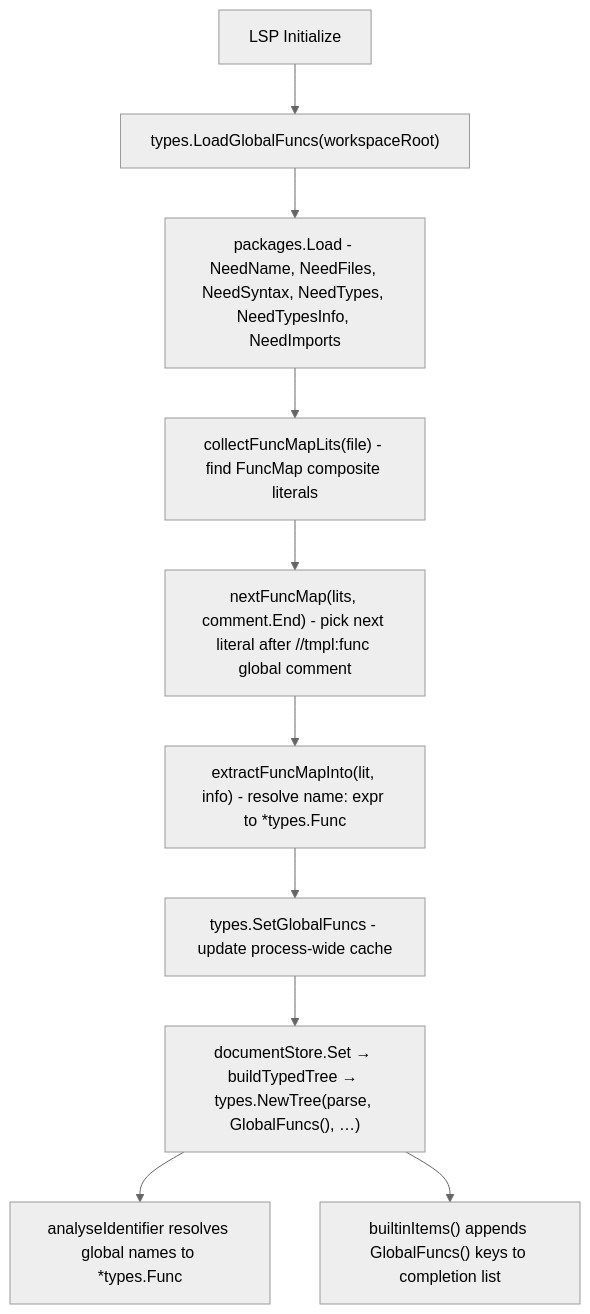
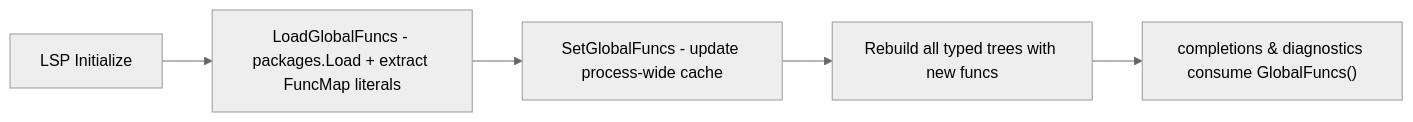
Before and after one commit to allseas/go-template-lsp: the first of 2 diagrams in docs/features/func_hints.md, drawn with Mermaid (neutral theme). The commit also changed other lines of this file and 6 other files, not shown here.

Commit message:
docs: simplified the flowcharts

````diff
--- a/docs/features/func_hints.md
+++ b/docs/features/func_hints.md
@@ -39,12 +39,7 @@
 ```mermaid
-flowchart TD
-    A[LSP Initialize] --> B["types.LoadGlobalFuncs(workspaceRoot)"]
-    B --> C["packages.Load - NeedName, NeedFiles, NeedSyntax, NeedTypes, NeedTypesInfo, NeedImports"]
-    C --> D["collectFuncMapLits(file) - find FuncMap composite literals"]
-    D --> E["nextFuncMap(lits, comment.End) - pick next literal after //tmpl:func global comment"]
-    E --> F["extractFuncMapInto(lit, info) - resolve name: expr to *types.Func"]
-    F --> G["types.SetGlobalFuncs - update process-wide cache"]
-    G --> H["documentStore.Set → buildTypedTree → types.NewTree(parse, GlobalFuncs(), …)"]
-    H --> I["analyseIdentifier resolves global names to *types.Func"]
-    H --> J["builtinItems() appends GlobalFuncs() keys to completion list"]
+flowchart LR
+    A[LSP Initialize] --> B["LoadGlobalFuncs - packages.Load + extract FuncMap literals"]
+    B --> C["SetGlobalFuncs - update process-wide cache"]
+    C --> D["Rebuild all typed trees with new funcs"]
+    D --> E["completions & diagnostics consume GlobalFuncs()"]
 ```
````
